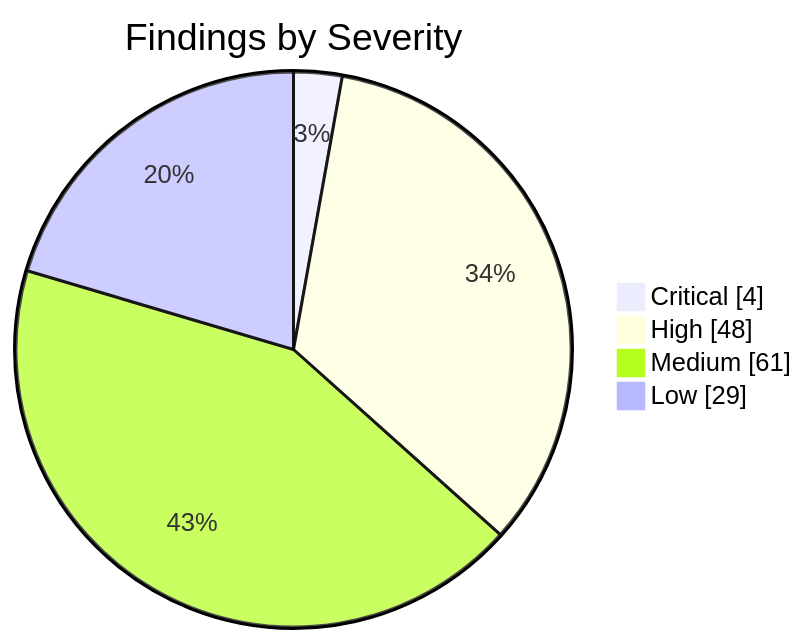
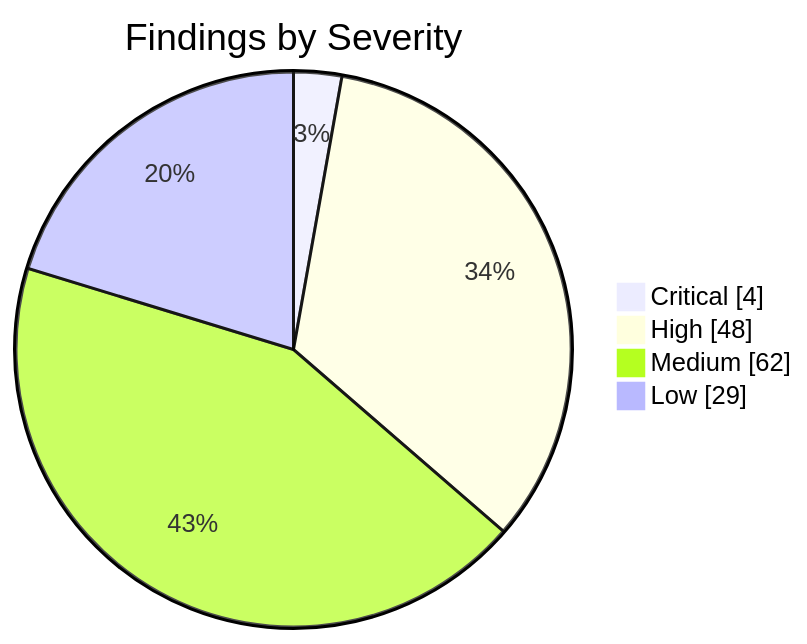
The first of 2 diagrams in apps/kbve/astro-kbve/src/content/docs/dashboard/security.mdx (KBVE/kbve), drawn with Mermaid before and after one commit. The commit also changed other lines of this file and 8 other files, not shown here.

````diff
--- a/apps/kbve/astro-kbve/src/content/docs/dashboard/security.mdx
+++ b/apps/kbve/astro-kbve/src/content/docs/dashboard/security.mdx
@@ -62,8 +62,8 @@
 ```mermaid
 pie showData
     title Findings by Severity
     "Critical" : 4
     "High" : 48
-    "Medium" : 61
+    "Medium" : 62
     "Low" : 29
 ```
````
